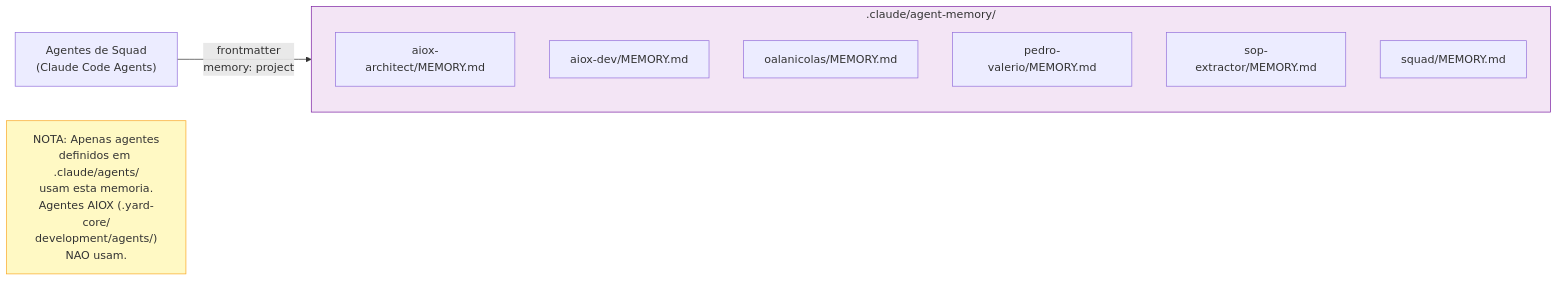
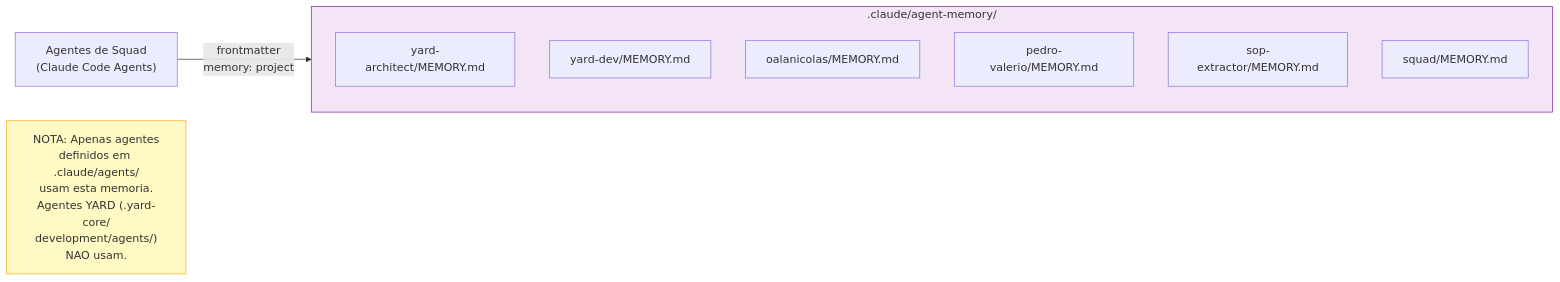
The fifth of 18 diagrams in docs/guides/MEMORY-SYSTEM.md (ernesto-langa/yard-core), drawn with Mermaid before and after one commit. The commit also changed other lines of this file and 529 other files, not shown here.

````diff
--- a/docs/guides/MEMORY-SYSTEM.md
+++ b/docs/guides/MEMORY-SYSTEM.md
@@ -227,18 +227,18 @@
 ```mermaid
 flowchart LR
     subgraph AGENT_MEM[".claude/agent-memory/"]
-        AM1["aiox-architect/MEMORY.md"]
-        AM2["aiox-dev/MEMORY.md"]
+        AM1["yard-architect/MEMORY.md"]
+        AM2["yard-dev/MEMORY.md"]
         AM3["oalanicolas/MEMORY.md"]
         AM4["pedro-valerio/MEMORY.md"]
         AM5["sop-extractor/MEMORY.md"]
         AM6["squad/MEMORY.md"]
     end
 
     SQUAD_AGENTS["Agentes de Squad<br/>(Claude Code Agents)"] -->|"frontmatter<br/>memory: project"| AGENT_MEM
 
-    NOTE["NOTA: Apenas agentes<br/>definidos em .claude/agents/<br/>usam esta memoria.<br/>Agentes AIOX (.yard-core/<br/>development/agents/)<br/>NAO usam."]
+    NOTE["NOTA: Apenas agentes<br/>definidos em .claude/agents/<br/>usam esta memoria.<br/>Agentes YARD (.yard-core/<br/>development/agents/)<br/>NAO usam."]
 
     style AGENT_MEM fill:#F3E5F5,stroke:#7B1FA2
     style NOTE fill:#FFF9C4,stroke:#F9A825
 ```
````
